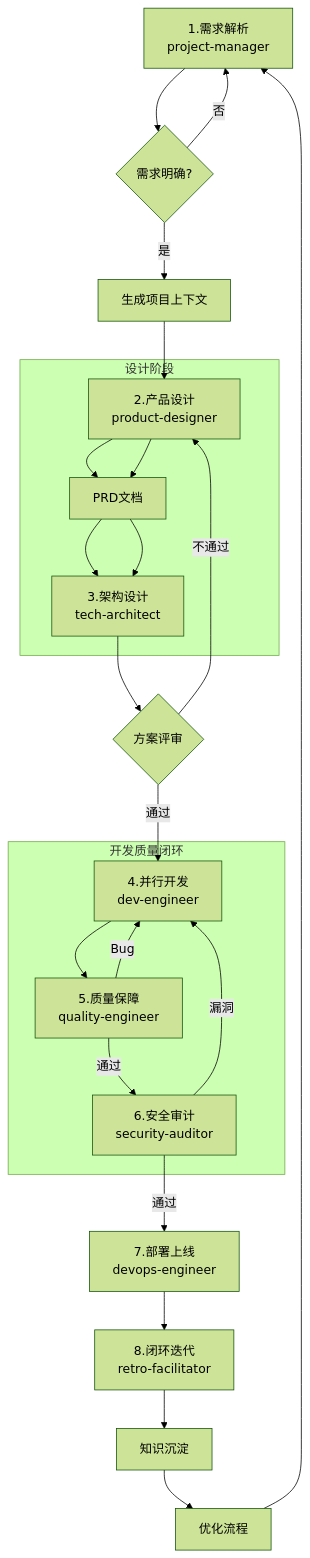
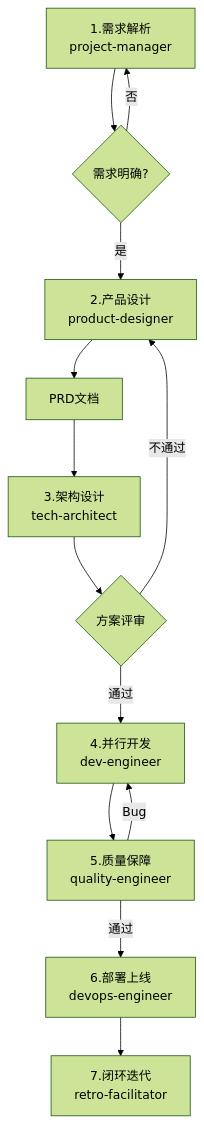
Before and after one commit to Tooooommy/Trae-Workflow: the diagram in skills/project-manager/SKILL.md, drawn with Mermaid (forest theme). The commit also changed other lines of this file and 32 other files, not shown here.

````diff
--- a/skills/project-manager/SKILL.md
+++ b/skills/project-manager/SKILL.md
@@ -98,33 +35,15 @@
 ```mermaid
 flowchart TD
     A[1.需求解析<br/>project-manager] --> B{需求明确?}
     B -->|否| A
-    B -->|是| C[生成项目上下文]
-    C --> D[2.产品设计<br/>product-designer]
-    D --> E[PRD文档]
-    E --> F[3.架构设计<br/>tech-architect]
-    F --> G{方案评审}
-    G -->|通过| H[4.并行开发<br/>dev-engineer]
-    G -->|不通过| D
-
-    H --> I[5.质量保障<br/>quality-engineer]
-    I -->|Bug| H
-    I -->|通过| J[6.安全审计<br/>security-auditor]
-    J -->|漏洞| H
-    J -->|通过| K[7.部署上线<br/>devops-engineer]
-
-    K --> L[8.闭环迭代<br/>retro-facilitator]
-    L --> M[知识沉淀]
-    M --> N[优化流程]
-    N --> A
-
-    subgraph "设计阶段"
-        D --> E --> F
-    end
-
-    subgraph "开发质量闭环"
-        H
-        I
-        J
-    end
+    B -->|是| C[2.产品设计<br/>product-designer]
+    C --> D[PRD文档]
+    D --> E[3.架构设计<br/>tech-architect]
+    E --> F{方案评审}
+    F -->|通过| G[4.并行开发<br/>dev-engineer]
+    F -->|不通过| C
+    G --> H[5.质量保障<br/>quality-engineer]
+    H -->|Bug| G
+    H -->|通过| I[6.部署上线<br/>devops-engineer]
+    I --> J[7.闭环迭代<br/>retro-facilitator]
 ```
````
